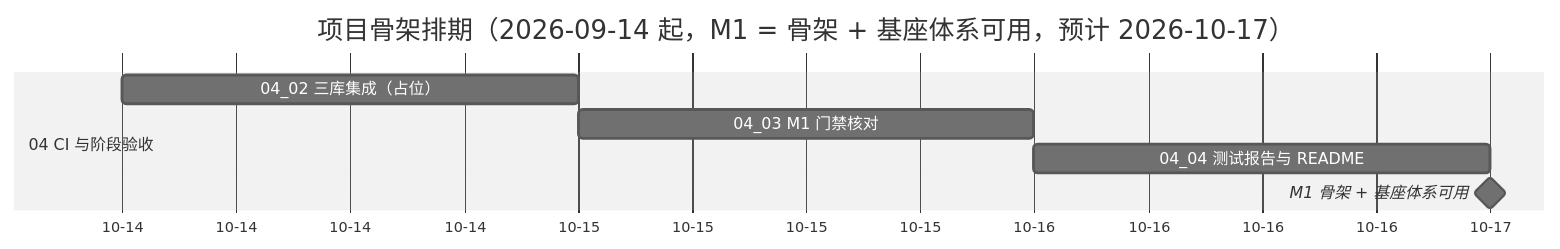
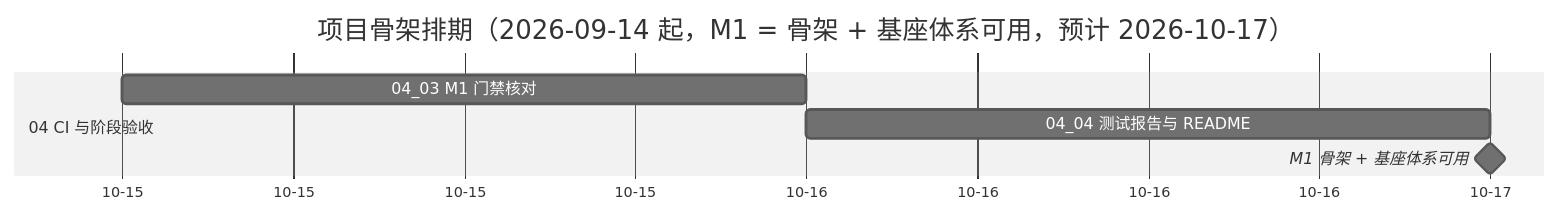
Before and after one commit to minjian123/basic-management-system: the diagram in bms文档/项目/01_项目骨架/计划/01_计划_项目骨架.md, drawn with Mermaid (neutral theme). The commit also changed other lines of this file and 8 other files, not shown here.

````diff
--- a/bms文档/项目/01_项目骨架/计划/01_计划_项目骨架.md
+++ b/bms文档/项目/01_项目骨架/计划/01_计划_项目骨架.md
@@ -113,11 +114,10 @@
 ```mermaid
 gantt
     title 项目骨架排期（2026-09-14 起，M1 = 骨架 + 基座体系可用，预计 2026-10-17）
     dateFormat  YYYY-MM-DD
     axisFormat %m-%d
     section 04 CI 与阶段验收
-    04_02 三库集成（占位） :a42, 2026-10-14, 1d
     04_03 M1 门禁核对      :a43, 2026-10-15, 1d
     04_04 测试报告与 README :a44, 2026-10-16, 1d
     M1 骨架 + 基座体系可用 :milestone, m1, 2026-10-17, 0d
 ```
````
